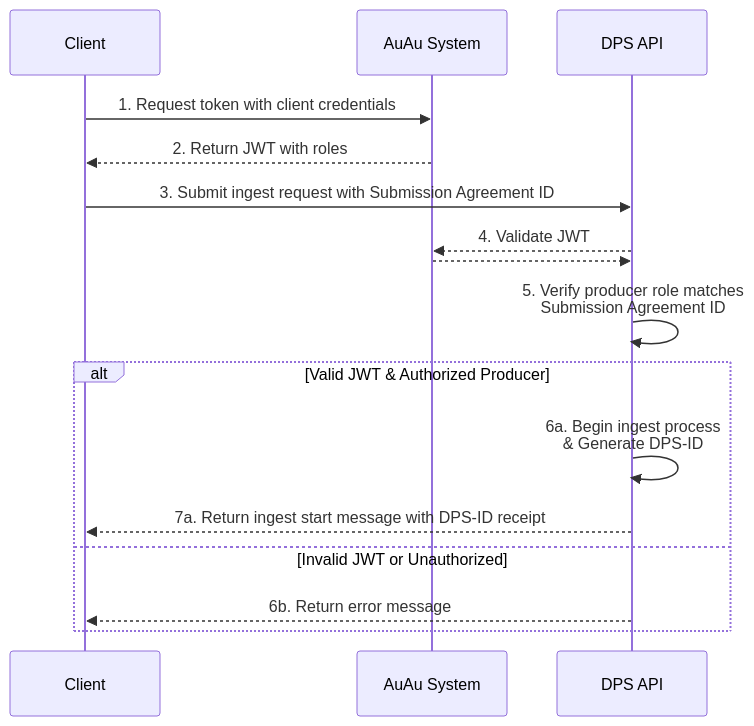
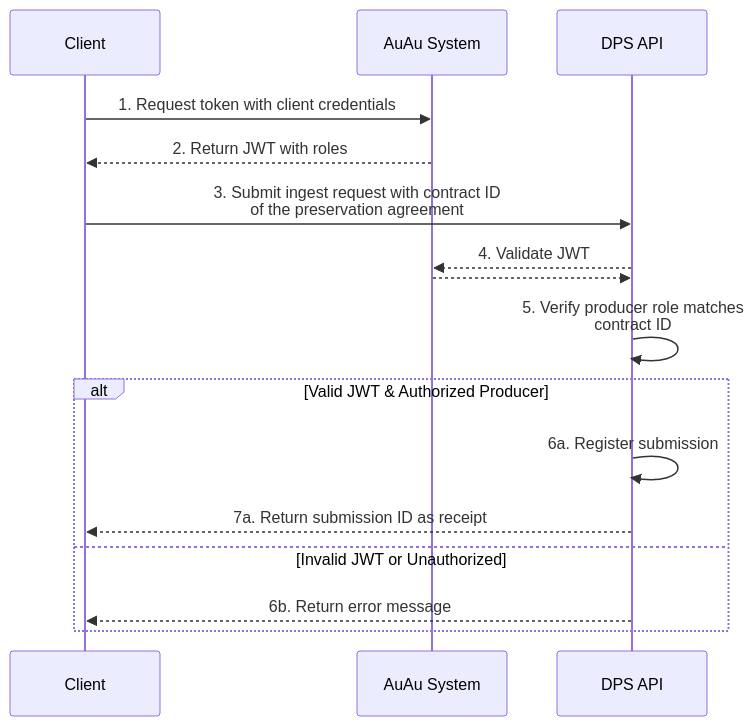
One commit to NationalLibraryOfNorway/digitalpreservation-blog.nb.no changed the first of 3 diagrams in content/docs/dps/understanding/access-and-agreements/_index.md. Above: the diagram before and after it, drawn with Mermaid. The commit also changed other lines of this file and 2 other files, not shown here.

````diff
--- a/content/docs/dps/understanding/access-and-agreements/_index.md
+++ b/content/docs/dps/understanding/access-and-agreements/_index.md
@@ -58,22 +59,22 @@
 ```mermaid
 sequenceDiagram
     participant C as Client
     participant K as AuAu System
     participant DPS as DPS API
     
     C->>K: 1. Request token with client credentials
     K-->>C: 2. Return JWT with roles
     
-    C->>DPS: 3. Submit ingest request with Submission Agreement ID
+    C->>DPS: 3. Submit ingest request with contract ID<br>of the preservation agreement
     
     DPS-->>K: 4. Validate JWT
     K-->>DPS: 
-    DPS->>DPS: 5. Verify producer role matches<br/>Submission Agreement ID
+    DPS->>DPS: 5. Verify producer role matches<br/>contract ID
     
     alt Valid JWT & Authorized Producer
-        DPS->>DPS: 6a. Begin ingest process<br>& Generate DPS-ID
-        DPS-->>C: 7a. Return ingest start message with DPS-ID receipt
+        DPS->>DPS: 6a. Register submission
+        DPS-->>C: 7a. Return submission ID as receipt
     else Invalid JWT or Unauthorized
         DPS-->>C: 6b. Return error message
     end
 ```
````
